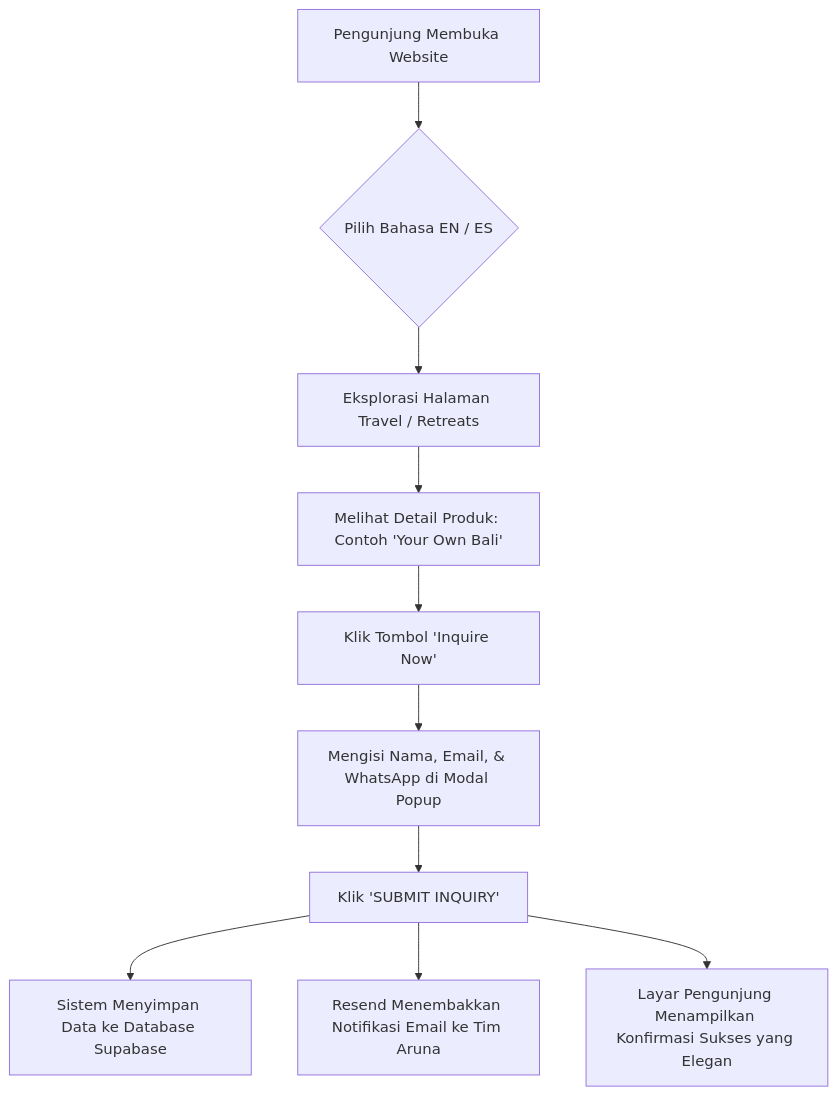
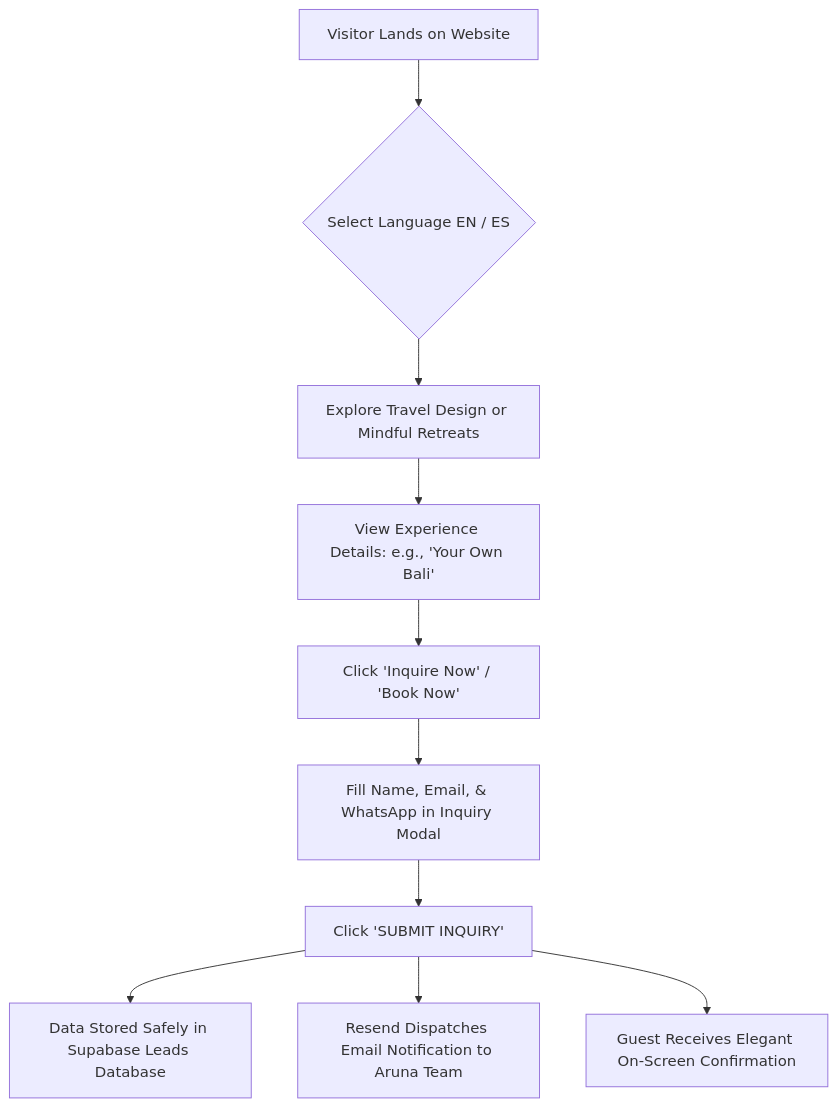
One commit to mb-1208/aruna changed the diagram in PANDUAN_PENGGUNAAN_ARUNA_CMS.md. Above: the diagram before and after it, drawn with Mermaid. The commit also changed other lines of this file, not shown here.

````diff
--- a/PANDUAN_PENGGUNAAN_ARUNA_CMS.md
+++ b/PANDUAN_PENGGUNAAN_ARUNA_CMS.md
@@ -45,12 +46,12 @@
 ```mermaid
 graph TD
-    A[Pengunjung Membuka Website] --> B{Pilih Bahasa EN / ES}
-    B --> C[Eksplorasi Halaman Travel / Retreats]
-    C --> D[Melihat Detail Produk: Contoh 'Your Own Bali']
-    D --> E[Klik Tombol 'Inquire Now']
-    E --> F[Mengisi Nama, Email, & WhatsApp di Modal Popup]
-    F --> G[Klik 'SUBMIT INQUIRY']
-    G --> H[Sistem Menyimpan Data ke Database Supabase]
-    G --> I[Resend Menembakkan Notifikasi Email ke Tim Aruna]
-    G --> J[Layar Pengunjung Menampilkan Konfirmasi Sukses yang Elegan]
+    A[Visitor Lands on Website] --> B{Select Language EN / ES}
+    B --> C[Explore Travel Design or Mindful Retreats]
+    C --> D[View Experience Details: e.g., 'Your Own Bali']
+    D --> E[Click 'Inquire Now' / 'Book Now']
+    E --> F[Fill Name, Email, & WhatsApp in Inquiry Modal]
+    F --> G[Click 'SUBMIT INQUIRY']
+    G --> H[Data Stored Safely in Supabase Leads Database]
+    G --> I[Resend Dispatches Email Notification to Aruna Team]
+    G --> J[Guest Receives Elegant On-Screen Confirmation]
 ```
````
